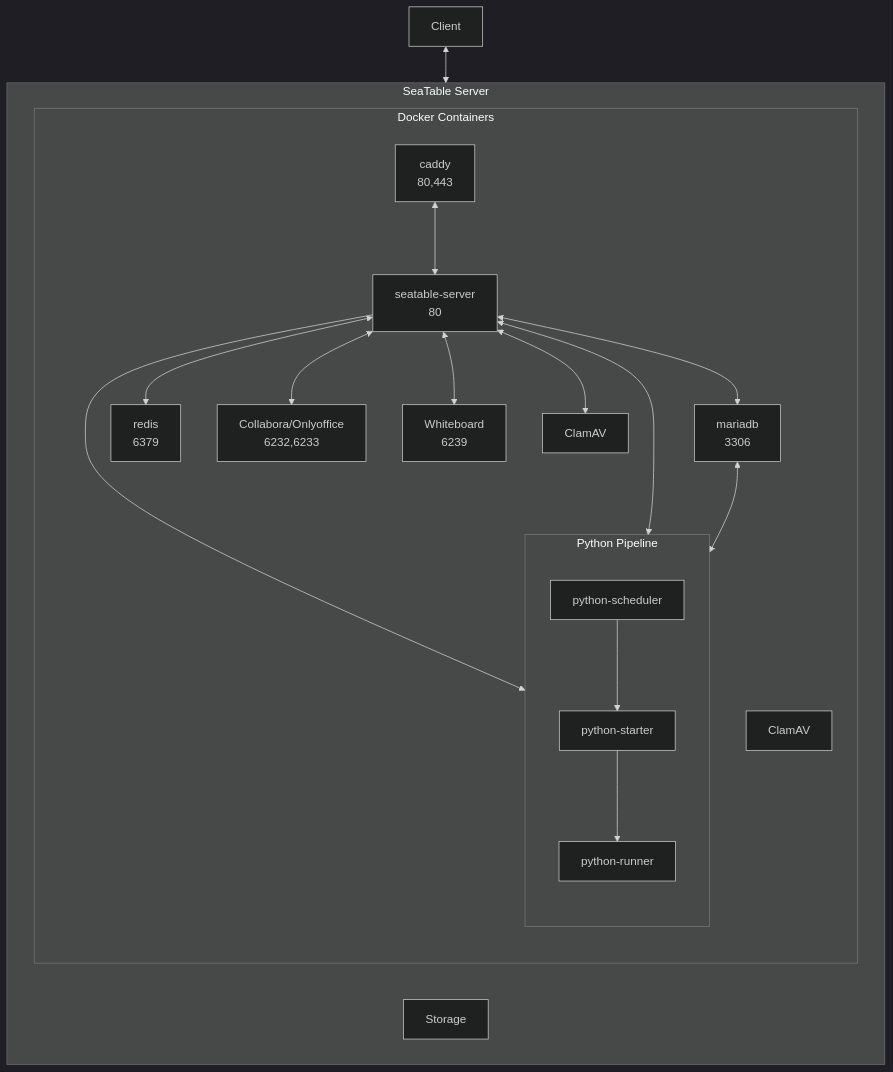
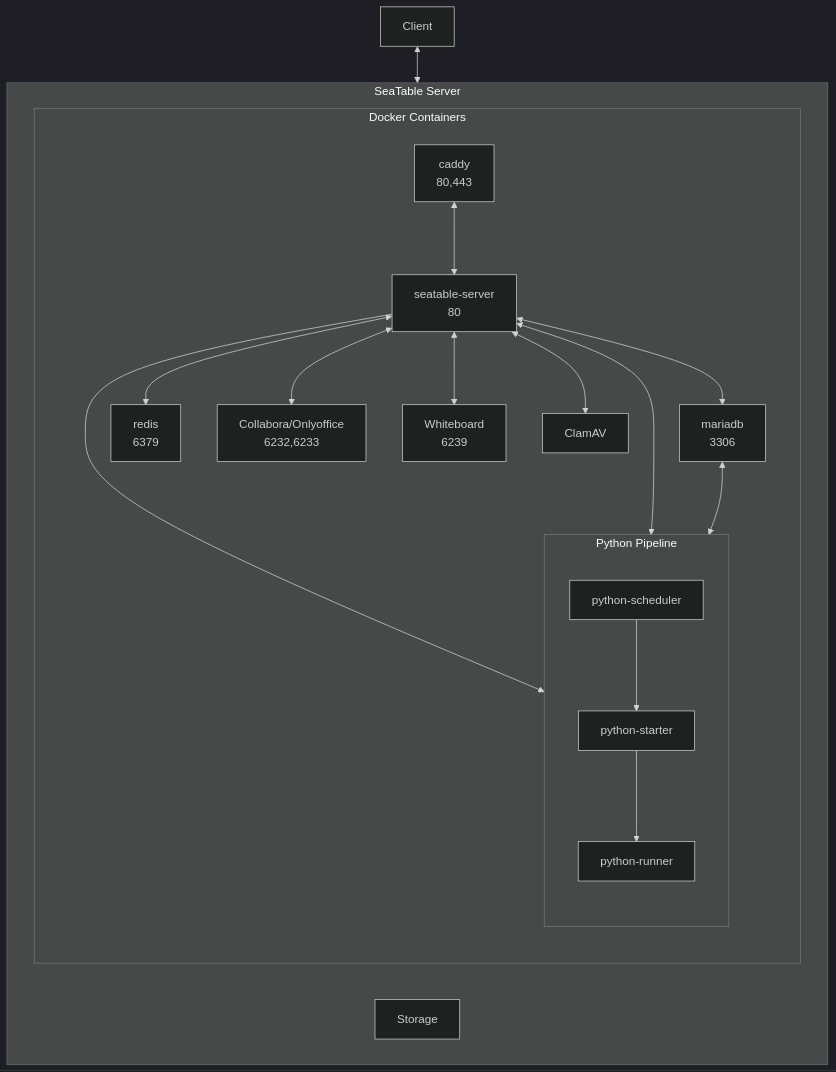
One commit to seatable/seatable-admin-docs changed the second of 3 diagrams in docs/introduction/architecture.md. Above: the diagram before and after it, drawn with Mermaid (dark theme).

Commit message:
Removed duplication of ClamAV

````diff
--- a/docs/introduction/architecture.md
+++ b/docs/introduction/architecture.md
@@ -31,35 +31,35 @@
 ```mermaid
 flowchart TB
     Client<-->C
     subgraph SeaTable Server
         direction LR
         subgraph Docker Containers
             direction TB
             C[caddy<br/>80,443]
             SS[seatable-server<br/>80]
             MDB[mariadb<br/>3306]
             R[redis<br/>6379]
             OO[Collabora/Onlyoffice<br/>6232,6233]
             Wh[Whiteboard<br/>6239]
             CAV[ClamAV<br/>]
             C<-->SS
             SS<-->MDB
             SS<-->R
             SS<-->OO
             SS<-->Wh
-            SS<-->ClamAV
+            SS<-->CAV
                subgraph p[Python Pipeline]
                   direction TB
                   PSc[python-scheduler]
                   PSt[python-starter]
                   PR[python-runner]
                   PSc-->PSt
                   PSt-->PR
                end
             SS-->PSc
             SS<-->PR
             MDB<-->PSc
         end
         F[Storage]
     end
 ```
````
